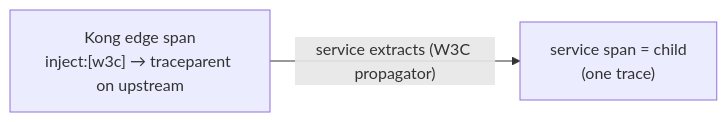
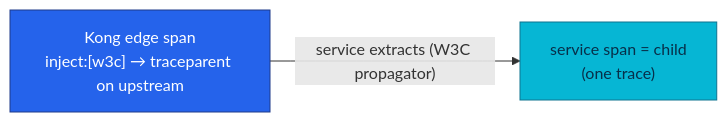
One commit to duynhlab/homelab changed the second of 2 diagrams in docs/observability/tracing/architecture.md. Above: the diagram before and after it, drawn with Mermaid. The commit also changed other lines of this file and 33 other files, not shown here.

First line of the commit message:
Refresh observability diagrams (#516)

````diff
--- a/docs/observability/tracing/architecture.md
+++ b/docs/observability/tracing/architecture.md
@@ -210,4 +214,8 @@
 ```mermaid
 flowchart LR
     K["Kong edge span<br/>inject:[w3c] → traceparent on upstream"] -->|"service extracts (W3C propagator)"| L["service span = child<br/>(one trace)"]
+    classDef edge fill:#2563eb,color:#fff,stroke:#1e3a8a;
+    classDef service fill:#06b6d4,color:#082f49,stroke:#0e7490;
+    class K edge;
+    class L service;
 ```
````
